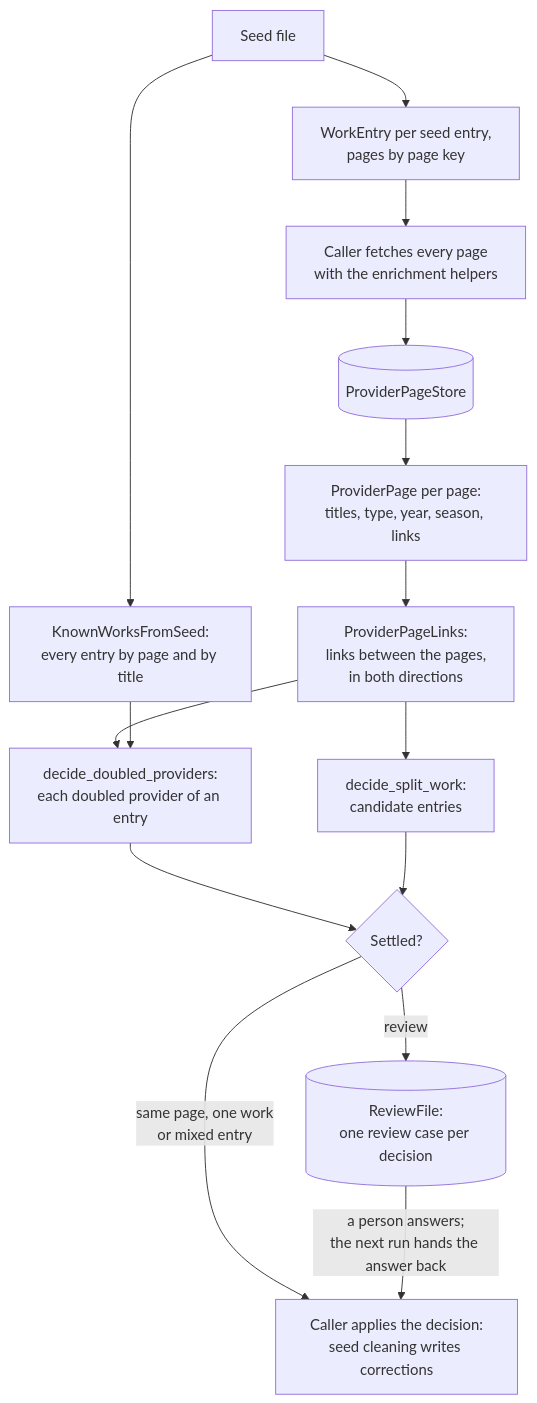
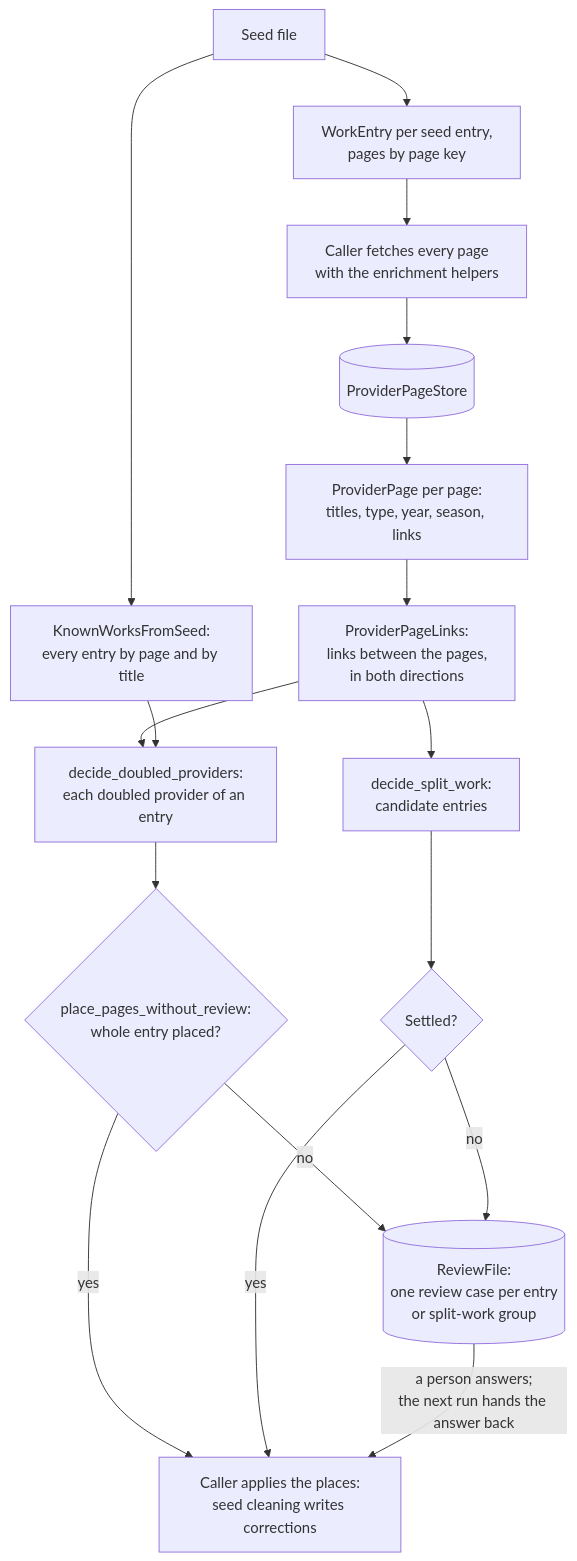
One commit to adnanaq/echora changed the first of 2 diagrams in libs/work_matching/README.md. Above: the diagram before and after it, drawn with Mermaid. The commit also changed other lines of this file and 60 other files, not shown here.

First line of the commit message:
feat(ECHO-64): Resolve doubled providers into mixed entries and duplicate pages (#58)

````diff
--- a/libs/work_matching/README.md
+++ b/libs/work_matching/README.md
@@ -51,17 +53,19 @@
 ```mermaid
 flowchart TD
     seed[Seed file] --> entries[WorkEntry per seed entry,<br/>pages by page key]
     seed --> known[KnownWorksFromSeed:<br/>every entry by page and by title]
     entries --> fetch[Caller fetches every page<br/>with the enrichment helpers]
     fetch --> store[(ProviderPageStore)]
     store --> pages[ProviderPage per page:<br/>titles, type, year, season, links]
     pages --> links[ProviderPageLinks:<br/>links between the pages,<br/>in both directions]
     links --> doubled[decide_doubled_providers:<br/>each doubled provider of an entry]
     links --> split[decide_split_work:<br/>candidate entries]
     known --> doubled
-    doubled --> outcome{Settled?}
-    split --> outcome
-    outcome -- "same page, one work<br/>or mixed entry" --> caller[Caller applies the decision:<br/>seed cleaning writes corrections]
-    outcome -- review --> review[(ReviewFile:<br/>one review case per decision)]
+    doubled --> placed{place_pages_without_review:<br/>whole entry placed?}
+    placed -- yes --> caller[Caller applies the places:<br/>seed cleaning writes corrections]
+    placed -- no --> review[(ReviewFile:<br/>one review case per entry<br/>or split-work group)]
+    split --> settled{Settled?}
+    settled -- yes --> caller
+    settled -- no --> review
     review -- "a person answers;<br/>the next run hands the answer back" --> caller
 ```
````
